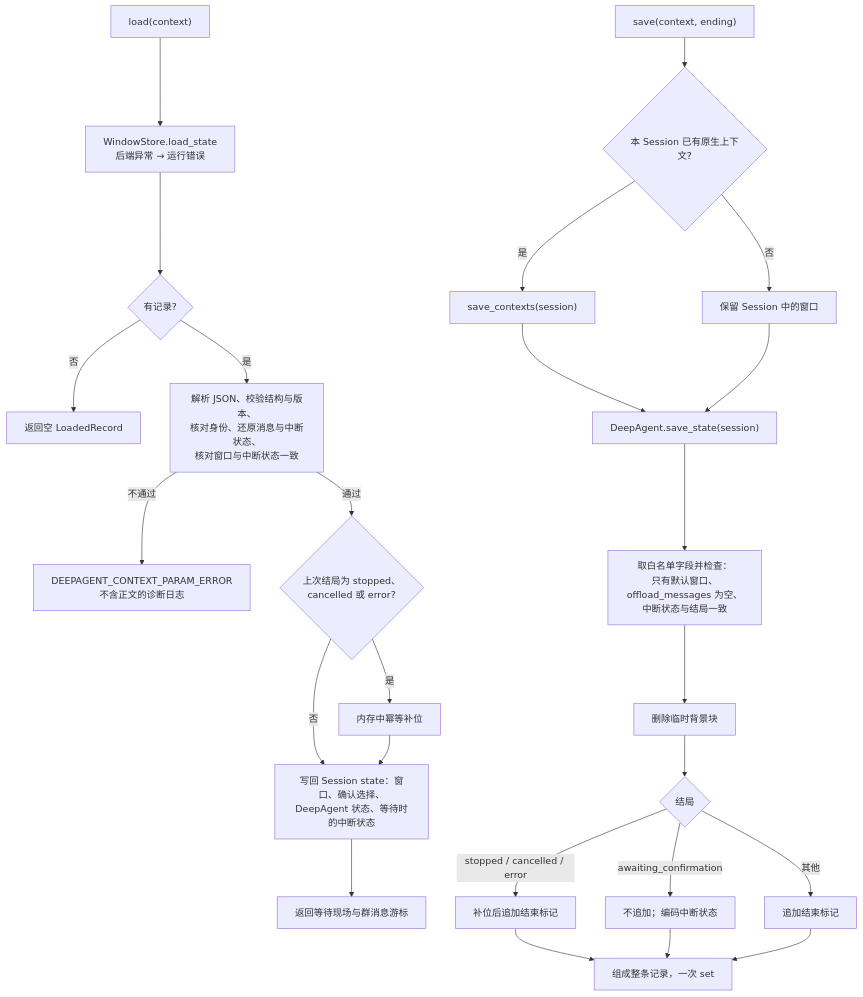
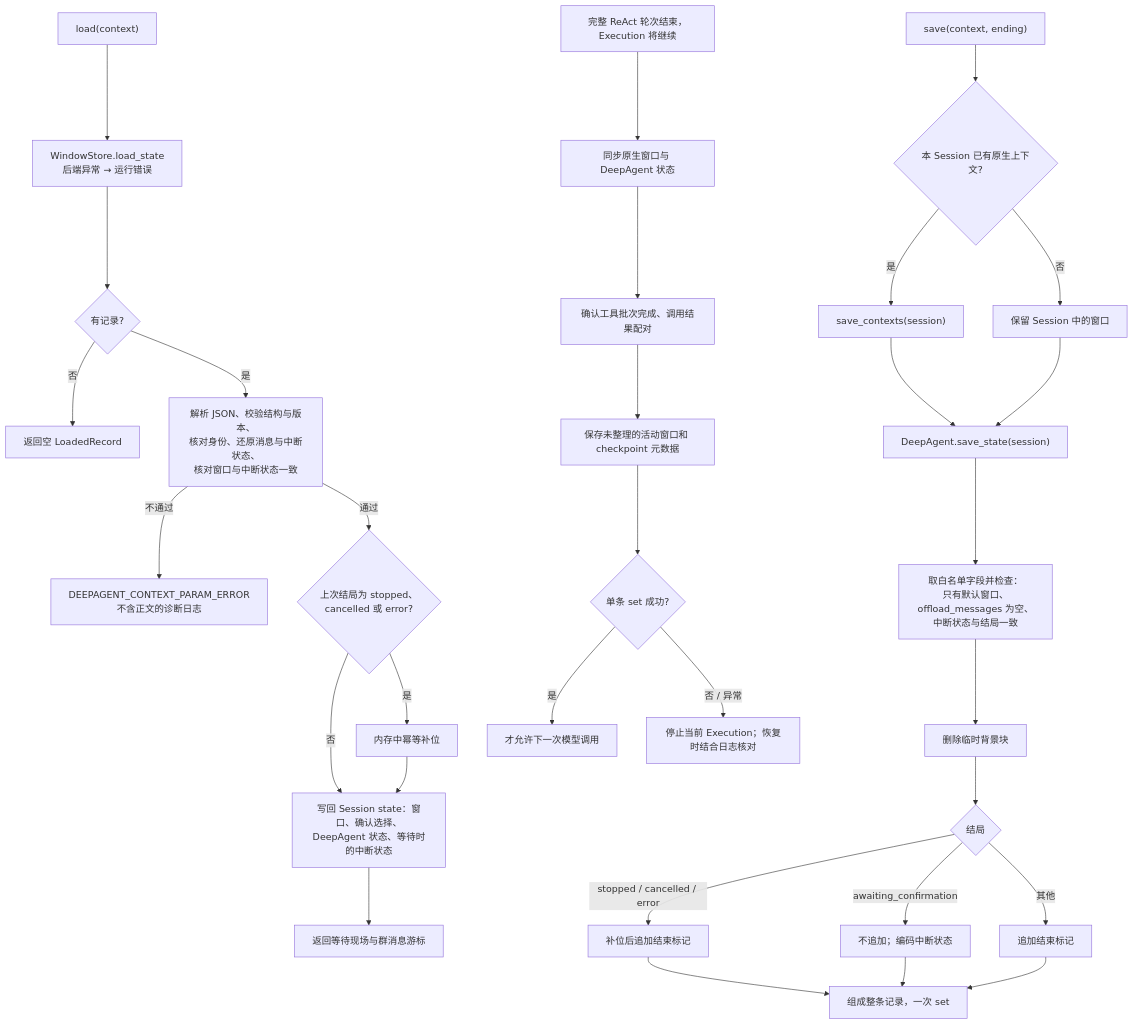
One commit to openJiuwen-ai/agent-core changed the second of 2 diagrams in openjiuwen/harness/persistent_agent/docs/features/F_17_session-state-record.md. Above: the diagram before and after it, drawn with Mermaid. The commit also changed other lines of this file and 25 other files, not shown here.

````diff
--- a/openjiuwen/harness/persistent_agent/docs/features/F_17_session-state-record.md
+++ b/openjiuwen/harness/persistent_agent/docs/features/F_17_session-state-record.md
@@ -311,28 +337,35 @@
 ```mermaid
 flowchart TD
     L0["load(context)"] --> L1["WindowStore.load_state<br/>后端异常 → 运行错误"]
     L1 --> L2{"有记录?"}
     L2 -- 否 --> L3["返回空 LoadedRecord"]
     L2 -- 是 --> L4["解析 JSON、校验结构与版本、<br/>核对身份、还原消息与中断状态、<br/>核对窗口与中断状态一致"]
     L4 -- 不通过 --> LX["DEEPAGENT_CONTEXT_PARAM_ERROR<br/>不含正文的诊断日志"]
     L4 -- 通过 --> L5{"上次结局为 stopped、<br/>cancelled 或 error?"}
     L5 -- 是 --> L6["内存中幂等补位"]
     L5 -- 否 --> L7
     L6 --> L7["写回 Session state：窗口、确认选择、<br/>DeepAgent 状态、等待时的中断状态"]
     L7 --> L8["返回等待现场与群消息游标"]
 
     S0["save(context, ending)"] --> S1{"本 Session 已有原生上下文?"}
     S1 -- 是 --> S2["save_contexts(session)"]
     S1 -- 否 --> S3["保留 Session 中的窗口"]
     S2 --> S4["DeepAgent.save_state(session)"]
     S3 --> S4
     S4 --> S5["取白名单字段并检查：<br/>只有默认窗口、offload_messages 为空、<br/>中断状态与结局一致"]
     S5 --> S6["删除临时背景块"]
     S6 --> S7{"结局"}
     S7 -- "stopped / cancelled / error" --> S8["补位后追加结束标记"]
     S7 -- awaiting_confirmation --> S9["不追加；编码中断状态"]
     S7 -- 其他 --> S10["追加结束标记"]
     S8 --> S11["组成整条记录，一次 set"]
     S9 --> S11
     S10 --> S11
+
+    C0["完整 ReAct 轮次结束，Execution 将继续"] --> C1["同步原生窗口与 DeepAgent 状态"]
+    C1 --> C2["确认工具批次完成、调用结果配对"]
+    C2 --> C3["保存未整理的活动窗口和 checkpoint 元数据"]
+    C3 --> C4{"单条 set 成功?"}
+    C4 -- 是 --> C5["才允许下一次模型调用"]
+    C4 -- 否 / 异常 --> C6["停止当前 Execution；恢复时结合日志核对"]
 ```
````
